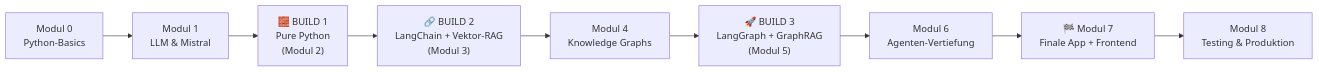
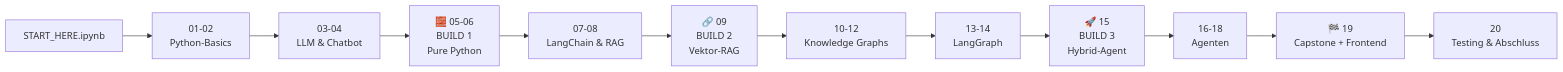
One commit to juusch/agent_framework_learning changed the diagram in docs/learning-roadmap.md. Above: the diagram before and after it, drawn with Mermaid. The commit also changed other lines of this file and 154 other files, not shown here.

````diff
--- a/docs/learning-roadmap.md
+++ b/docs/learning-roadmap.md
@@ -7,11 +5,14 @@
 ```mermaid
 flowchart LR
-    M0[Modul 0<br/>Python-Basics] --> M1[Modul 1<br/>LLM & Mistral]
-    M1 --> B1["🧱 BUILD 1<br/>Pure Python<br/>(Modul 2)"]
-    B1 --> B2["🔗 BUILD 2<br/>LangChain + Vektor-RAG<br/>(Modul 3)"]
-    B2 --> KG[Modul 4<br/>Knowledge Graphs]
-    KG --> B3["🚀 BUILD 3<br/>LangGraph + GraphRAG<br/>(Modul 5)"]
-    B3 --> AG[Modul 6<br/>Agenten-Vertiefung]
-    AG --> FIN["🏁 Modul 7<br/>Finale App + Frontend"]
-    FIN --> PROD[Modul 8<br/>Testing & Produktion]
+    S["START_HERE.ipynb"] --> M1["01-02<br/>Python-Basics"]
+    M1 --> M2["03-04<br/>LLM & Chatbot"]
+    M2 --> B1["🧱 05-06<br/>BUILD 1<br/>Pure Python"]
+    B1 --> M3["07-08<br/>LangChain & RAG"]
+    M3 --> B2["🔗 09<br/>BUILD 2<br/>Vektor-RAG"]
+    B2 --> KG["10-12<br/>Knowledge Graphs"]
+    KG --> LG["13-14<br/>LangGraph"]
+    LG --> B3["🚀 15<br/>BUILD 3<br/>Hybrid-Agent"]
+    B3 --> AG["16-18<br/>Agenten"]
+    AG --> FIN["🏁 19<br/>Capstone + Frontend"]
+    FIN --> T["20<br/>Testing & Abschluss"]
 ```
````
